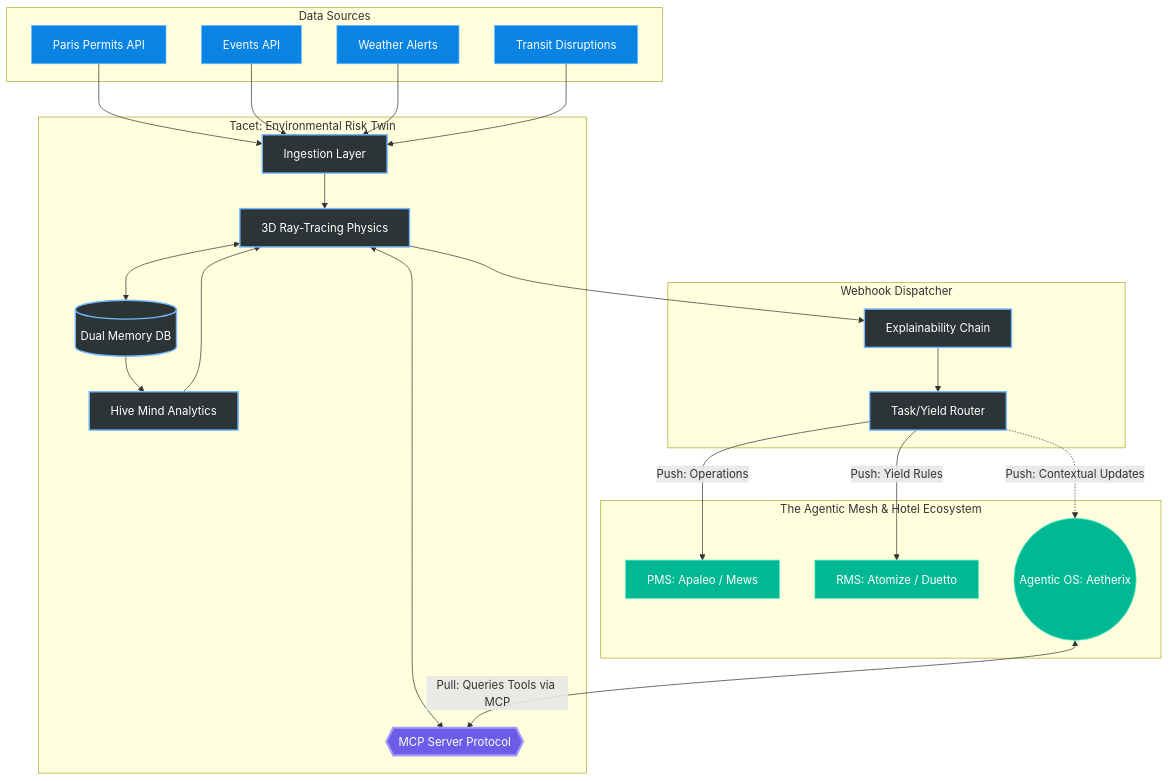
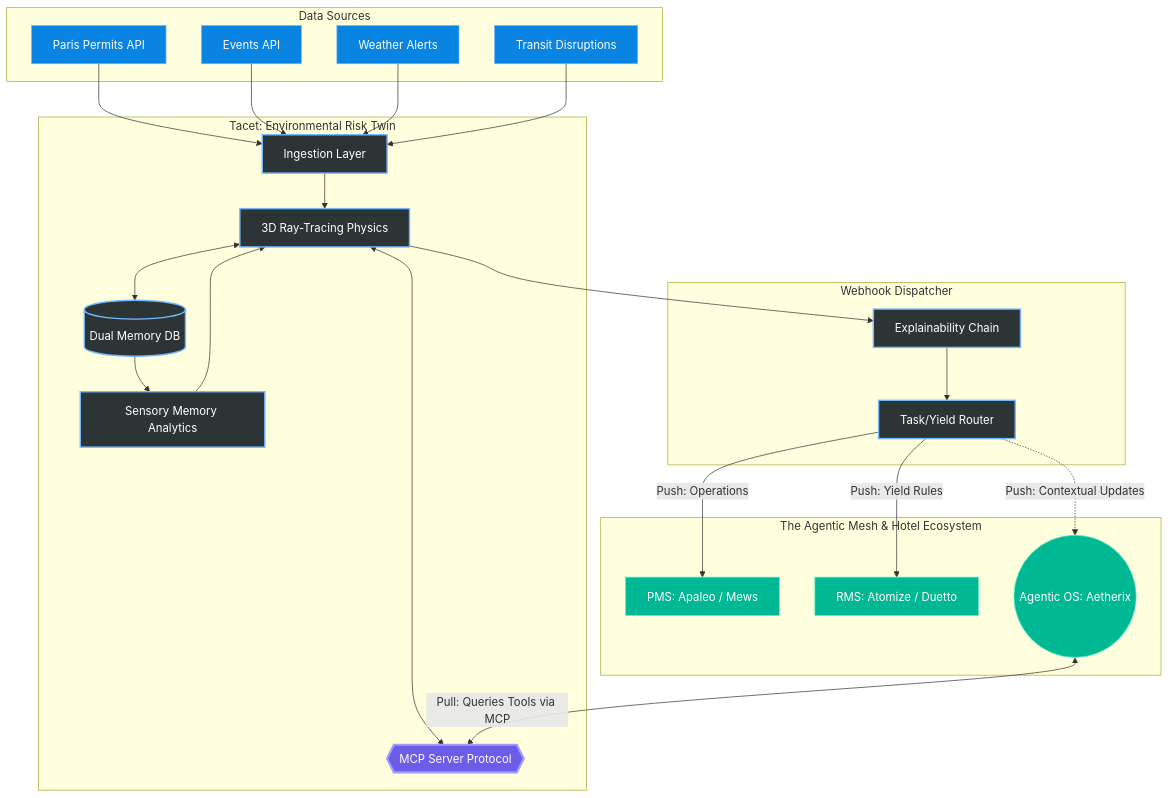
The diagram in README.md (IvandeMurard/tacet-app), drawn with Mermaid before and after one commit. The commit also changed other lines of this file and 3 other files, not shown here.

Commit message:
docs: Update architecture manifesto, CLAUDE.md, and README to Urban ISR doctrine

````diff
--- a/README.md
+++ b/README.md
@@ -25,63 +30,63 @@
 ```mermaid
 graph TD
     %% External Data Sources
     subgraph DS [Data Sources]
         P[Paris Permits API]
         E[Events API]
         W[Weather Alerts]
         T[Transit Disruptions]
     end
 
     %% Tacet Core Engine
     subgraph TCE [Tacet: Environmental Risk Twin]
         I[Ingestion Layer]
         RT[3D Ray-Tracing Physics]
         DM[(Dual Memory DB)]
-        HM[Hive Mind Analytics]
+        SM[Sensory Memory Analytics]
         MCP{{MCP Server Protocol}}
         
         I --> RT
         RT <--> DM
-        DM --> HM
-        HM --> RT
+        DM --> SM
+        SM --> RT
         RT <--> MCP
     end
 
     %% Routing
     subgraph D [Webhook Dispatcher]
         WH[Task/Yield Router]
         EXP[Explainability Chain]
         
         RT --> EXP
         EXP --> WH
     end
 
     %% Destinations / The Agentic Mesh
     subgraph AM [The Agentic Mesh & Hotel Ecosystem]
         PMS[PMS: Apaleo / Mews]
         RMS[RMS: Atomize / Duetto]
         LLM((Agentic OS: Aetherix))
     end
 
     P --> I
     E --> I
     W --> I
     T --> I
     
     WH -->|Push: Operations| PMS
     WH -->|Push: Yield Rules| RMS
     
     LLM <-->|Pull: Queries Tools via MCP| MCP
     WH -.->|Push: Contextual Updates| LLM
 
     classDef core fill:#2d3436,stroke:#74b9ff,stroke-width:2px,color:#fff;
     classDef data fill:#0984e3,stroke:#74b9ff,color:#fff;
     classDef dest fill:#00b894,stroke:#55efc4,color:#fff;
     classDef mcp fill:#6c5ce7,stroke:#a29bfe,stroke-width:3px,color:#fff;
     
-    class RT,DM,HM,EXP,I,WH core;
+    class RT,DM,SM,EXP,I,WH core;
     class P,E,W,T data;
     class PMS,RMS dest;
     class LLM dest;
     class MCP mcp;
 ```
````
